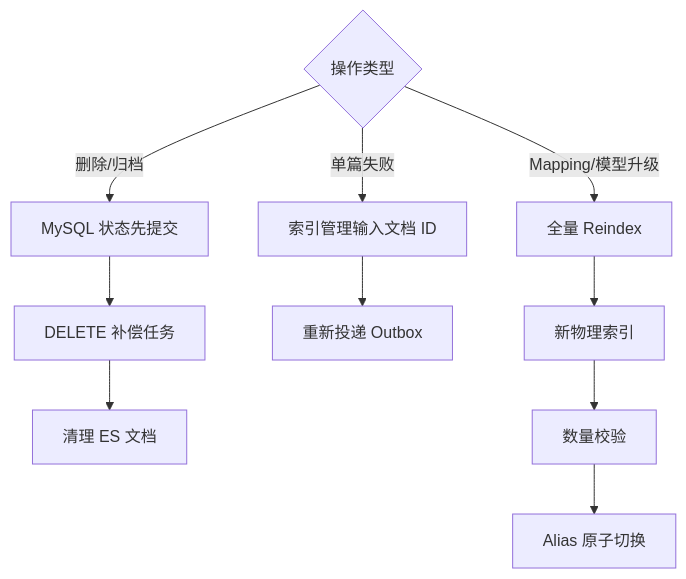
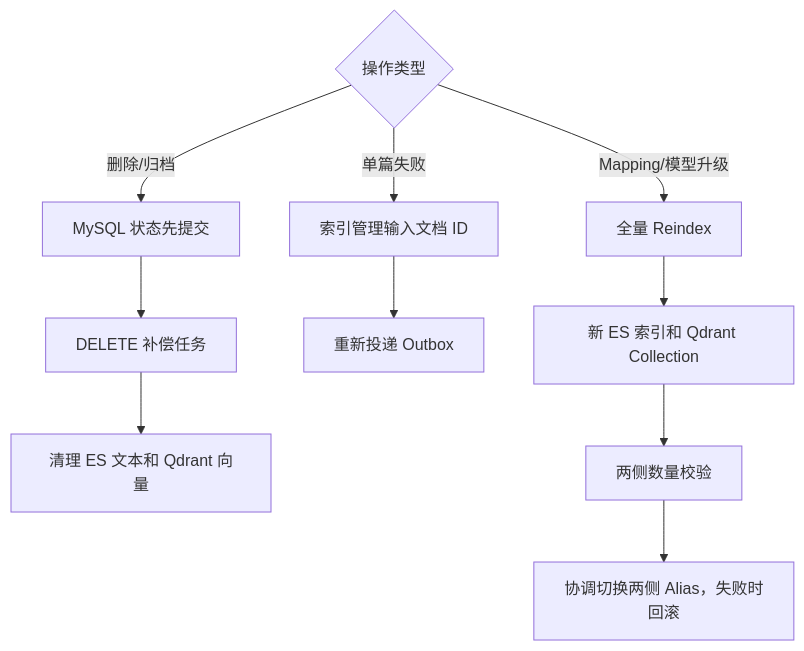
The fourth of 5 diagrams in opsAgent使用文档.md (djyking/opsagent), drawn with Mermaid before and after one commit. The commit also changed other lines of this file and 157 other files, not shown here.

````diff
--- a/opsAgent使用文档.md
+++ b/opsAgent使用文档.md
@@ -414,12 +430,12 @@
 ```mermaid
 flowchart TD
     A{操作类型} -->|删除/归档| B[MySQL 状态先提交]
     B --> C[DELETE 补偿任务]
-    C --> D[清理 ES 文档]
+    C --> D[清理 ES 文本和 Qdrant 向量]
     A -->|单篇失败| E[索引管理输入文档 ID]
     E --> F[重新投递 Outbox]
     A -->|Mapping/模型升级| G[全量 Reindex]
-    G --> H[新物理索引]
-    H --> I[数量校验]
-    I --> J[Alias 原子切换]
+    G --> H[新 ES 索引和 Qdrant Collection]
+    H --> I[两侧数量校验]
+    I --> J[协调切换两侧 Alias，失败时回滚]
 ```
````
